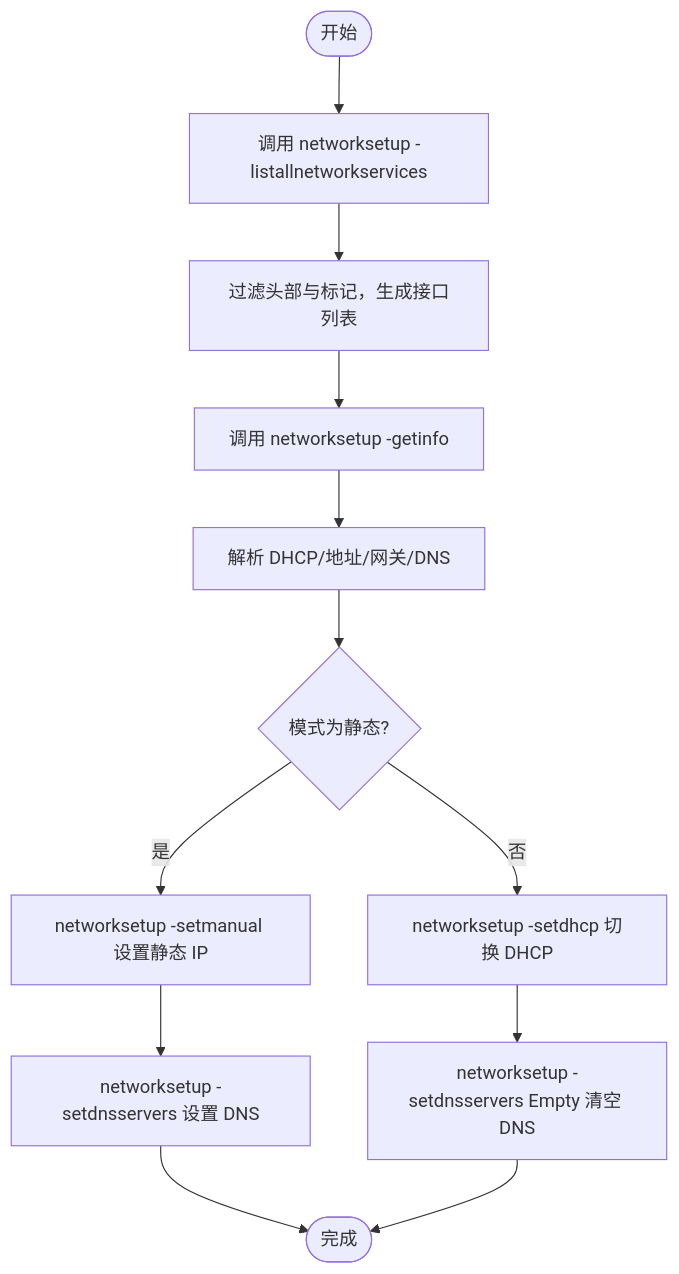
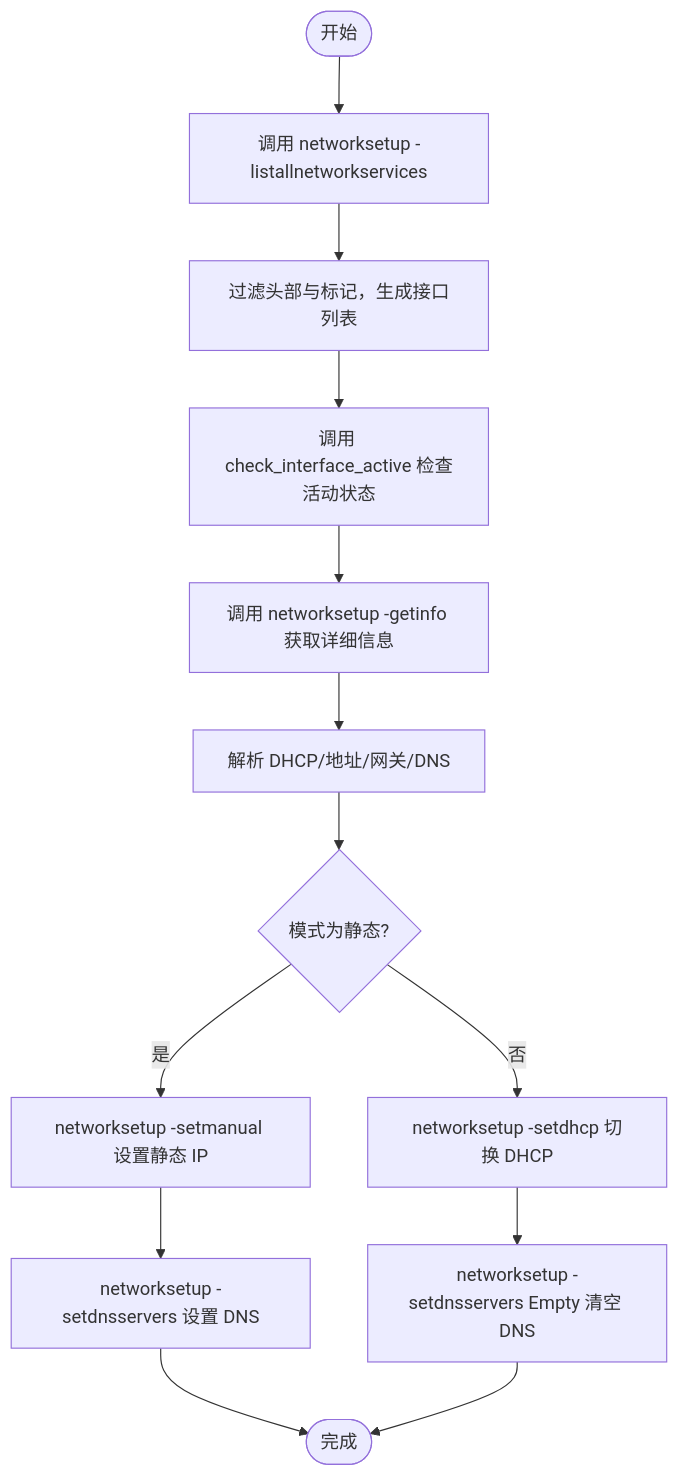
Before and after one commit to xdongliang/IPSwitcher: the fifth of 8 diagrams in .qoder/repowiki/zh/content/网络配置功能/平台特定网络操作.md, drawn with Mermaid. The commit also changed other lines of this file and 12 other files, not shown here.

````diff
--- a/.qoder/repowiki/zh/content/网络配置功能/平台特定网络操作.md
+++ b/.qoder/repowiki/zh/content/网络配置功能/平台特定网络操作.md
@@ -240,14 +246,15 @@
 ```mermaid
 flowchart TD
 Start(["开始"]) --> List["调用 networksetup -listallnetworkservices"]
 List --> ParseList["过滤头部与标记，生成接口列表"]
-ParseList --> GetCfg["调用 networksetup -getinfo"]
-GetCfg --> ParseCfg["解析 DHCP/地址/网关/DNS"]
-ParseCfg --> Mode{"模式为静态?"}
+ParseList --> CheckActive["调用 check_interface_active 检查活动状态"]
+CheckActive --> GetInfo["调用 networksetup -getinfo 获取详细信息"]
+GetInfo --> ParseInfo["解析 DHCP/地址/网关/DNS"]
+ParseInfo --> Mode{"模式为静态?"}
 Mode --> |是| SetMan["networksetup -setmanual 设置静态 IP"]
 SetMan --> SetDNS["networksetup -setdnsservers 设置 DNS"]
 SetDNS --> Done(["完成"])
 Mode --> |否| SetDHCP["networksetup -setdhcp 切换 DHCP"]
 SetDHCP --> ClearDNS["networksetup -setdnsservers Empty 清空 DNS"]
 ClearDNS --> Done
 ```
````
